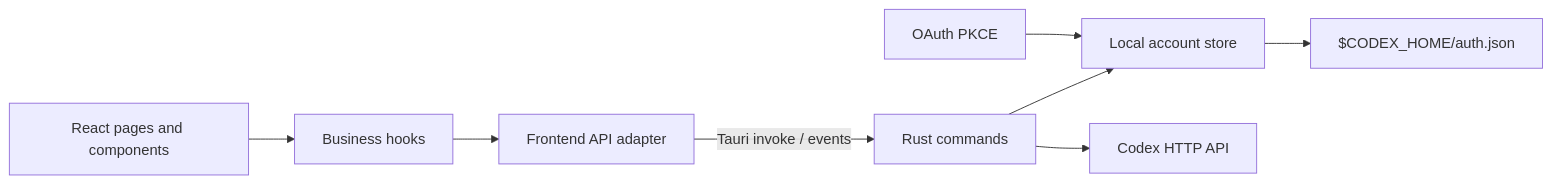
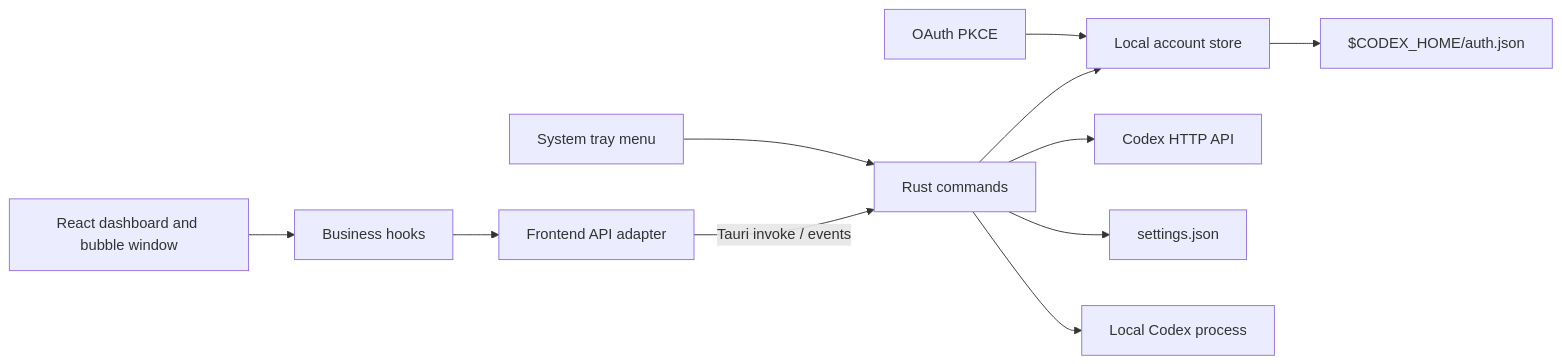
The diagram in docs/architecture.md (piperhex/codex_auth_manager), drawn with Mermaid before and after one commit. The commit also changed other lines of this file and 5 other files, not shown here.

````diff
--- a/docs/architecture.md
+++ b/docs/architecture.md
@@ -7,10 +7,13 @@
 ```mermaid
 flowchart LR
-    UI["React pages and components"] --> Hooks["Business hooks"]
+    UI["React dashboard and bubble window"] --> Hooks["Business hooks"]
     Hooks --> Adapter["Frontend API adapter"]
     Adapter -->|"Tauri invoke / events"| Commands["Rust commands"]
+    Tray["System tray menu"] --> Commands
     Commands --> Store["Local account store"]
     Commands --> API["Codex HTTP API"]
+    Commands --> Settings["settings.json"]
+    Commands --> Process["Local Codex process"]
     OAuth["OAuth PKCE"] --> Store
     Store --> Current["$CODEX_HOME/auth.json"]
 ```
````
